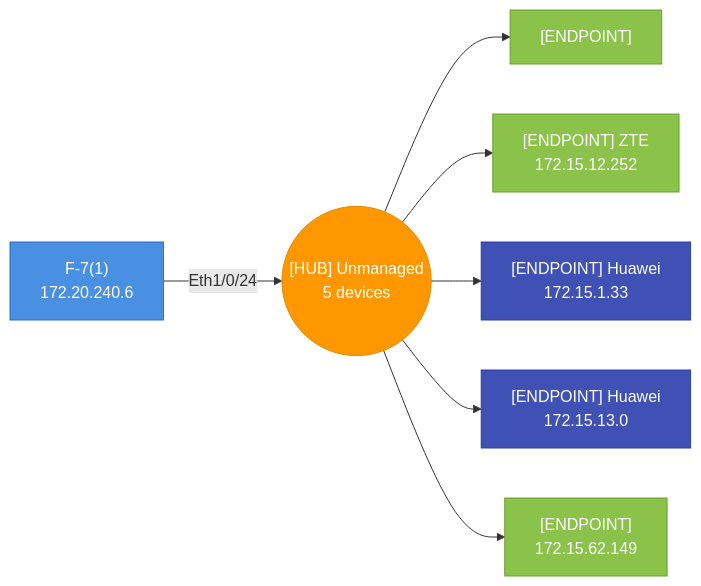
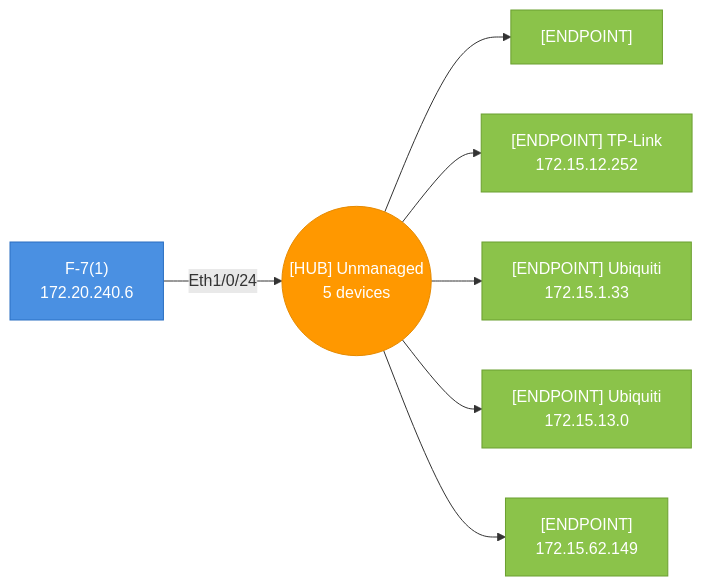
Before and after one commit to djamic/LLDP-Skanner-Go: diagram 27 of 38 in testdata/golden/audit_default.md, drawn with Mermaid. The commit also changed other lines of this file and 11 other files, not shown here.

````diff
--- a/testdata/golden/audit_default.md
+++ b/testdata/golden/audit_default.md
@@ -1973,23 +1913,23 @@
 ```mermaid
 graph LR
   hub_f8f0827cfa26_p24(("[HUB] Unmanaged<br>5 devices"))
   f8f0827cfa26["F-7(1)<br>172.20.240.6"]
   f8f0827cfa26-- "Eth1/0/24" -->hub_f8f0827cfa26_p24
   style f8f0827cfa26 fill:#4A90E2,stroke:#2A6FC2,color:#fff
   104a7d30fa7a["[ENDPOINT]"]
   hub_f8f0827cfa26_p24-->104a7d30fa7a
   style 104a7d30fa7a fill:#8BC34A,stroke:#6B9F30,color:#fff
-  54af9782f4c3["[ENDPOINT] ZTE<br>172.15.12.252"]
+  54af9782f4c3["[ENDPOINT] TP-Link<br>172.15.12.252"]
   hub_f8f0827cfa26_p24-->54af9782f4c3
   style 54af9782f4c3 fill:#8BC34A,stroke:#6B9F30,color:#fff
-  7845587c8565["[ENDPOINT] Huawei<br>172.15.1.33"]
+  7845587c8565["[ENDPOINT] Ubiquiti<br>172.15.1.33"]
   hub_f8f0827cfa26_p24-->7845587c8565
-  style 7845587c8565 fill:#3F51B5,stroke:#303F9F,color:#fff
-  7845587c8847["[ENDPOINT] Huawei<br>172.15.13.0"]
+  style 7845587c8565 fill:#8BC34A,stroke:#6B9F30,color:#fff
+  7845587c8847["[ENDPOINT] Ubiquiti<br>172.15.13.0"]
   hub_f8f0827cfa26_p24-->7845587c8847
-  style 7845587c8847 fill:#3F51B5,stroke:#303F9F,color:#fff
+  style 7845587c8847 fill:#8BC34A,stroke:#6B9F30,color:#fff
   80a589fdeab5["[ENDPOINT]<br>172.15.62.149"]
   hub_f8f0827cfa26_p24-->80a589fdeab5
   style 80a589fdeab5 fill:#8BC34A,stroke:#6B9F30,color:#fff
   style hub_f8f0827cfa26_p24 fill:#FF9800,stroke:#E68A00,color:#fff
 ```
````
